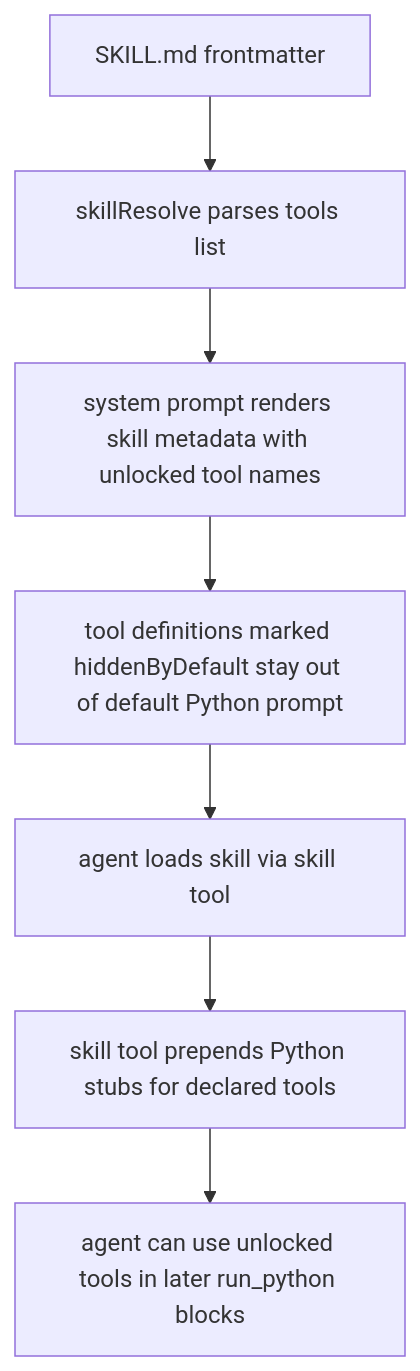
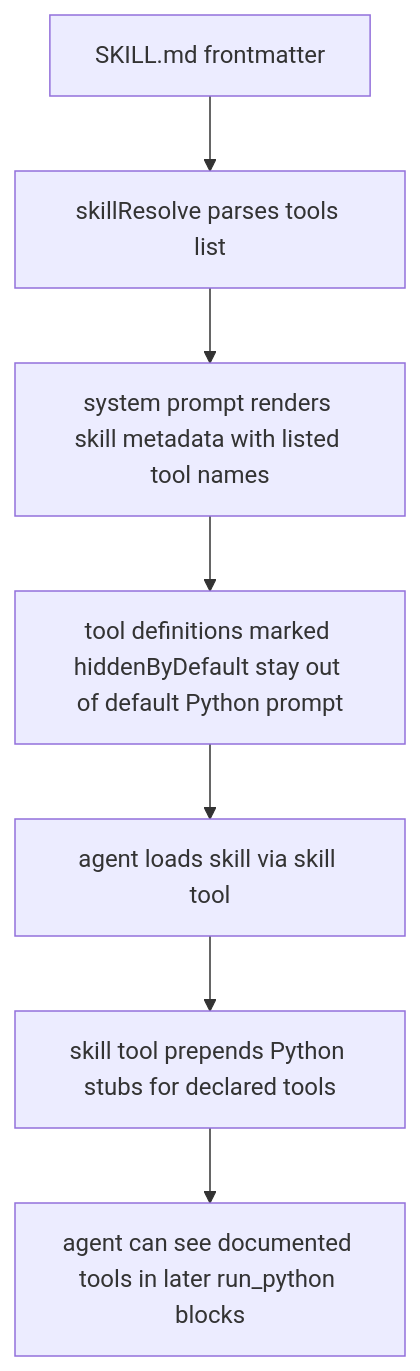
The diagram in doc/20260313-skill-tool-unlocks.md (ex3ndr/daycare), drawn with Mermaid before and after one commit. The commit also changed other lines of this file and 10 other files, not shown here.

Commit message:
fix: clarify skill tool visibility

````diff
--- a/doc/20260313-skill-tool-unlocks.md
+++ b/doc/20260313-skill-tool-unlocks.md
@@ -7,9 +7,9 @@
 ```mermaid
 flowchart TD
     A[SKILL.md frontmatter] --> B[skillResolve parses tools list]
-    B --> C[system prompt renders skill metadata with unlocked tool names]
+    B --> C[system prompt renders skill metadata with listed tool names]
     C --> D[tool definitions marked hiddenByDefault stay out of default Python prompt]
     D --> E[agent loads skill via skill tool]
     E --> F[skill tool prepends Python stubs for declared tools]
-    F --> G[agent can use unlocked tools in later run_python blocks]
+    F --> G[agent can see documented tools in later run_python blocks]
 ```
````
